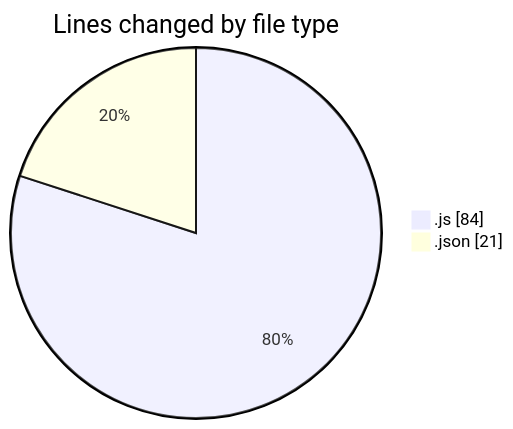
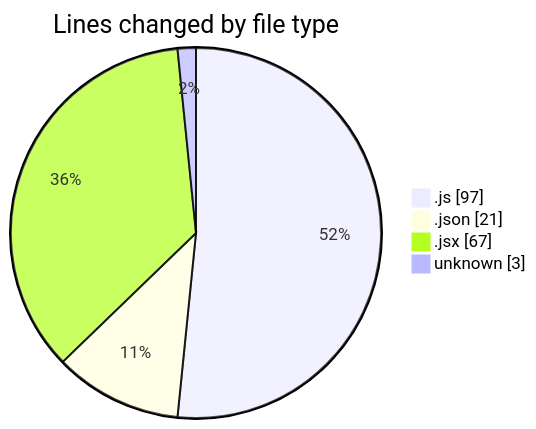
The first of 2 diagrams in 2025-06-03/realtimechat/README.md (Ritupan-Deka/code-tracking), drawn with Mermaid before and after one commit. The commit also changed other lines of this file and 1 other file, not shown here.

````diff
--- a/2025-06-03/realtimechat/README.md
+++ b/2025-06-03/realtimechat/README.md
@@ -21,6 +24,8 @@
 ```mermaid
 pie showData
 title Lines changed by file type
-".js" : 84
+".js" : 97
 ".json" : 21
+".jsx" : 67
+"unknown" : 3
 ```
````
